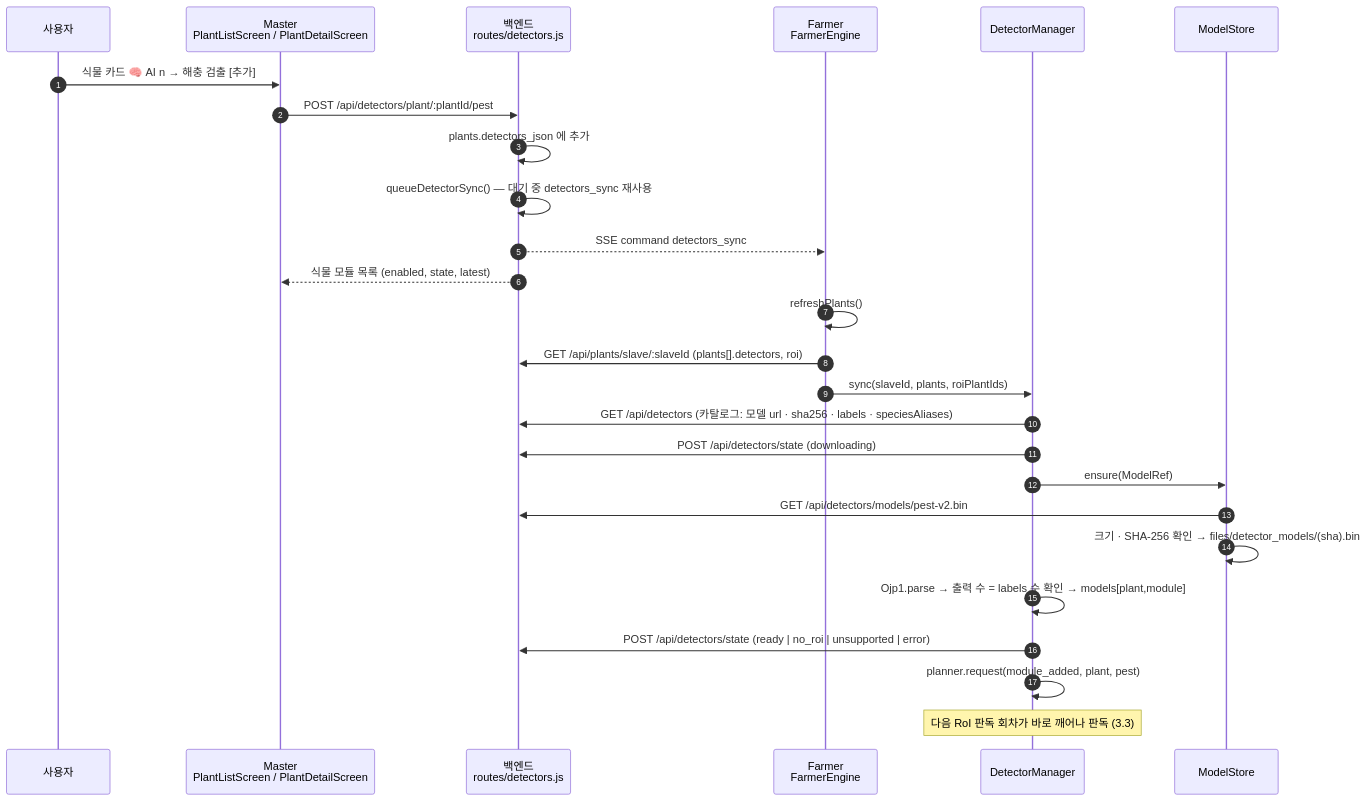
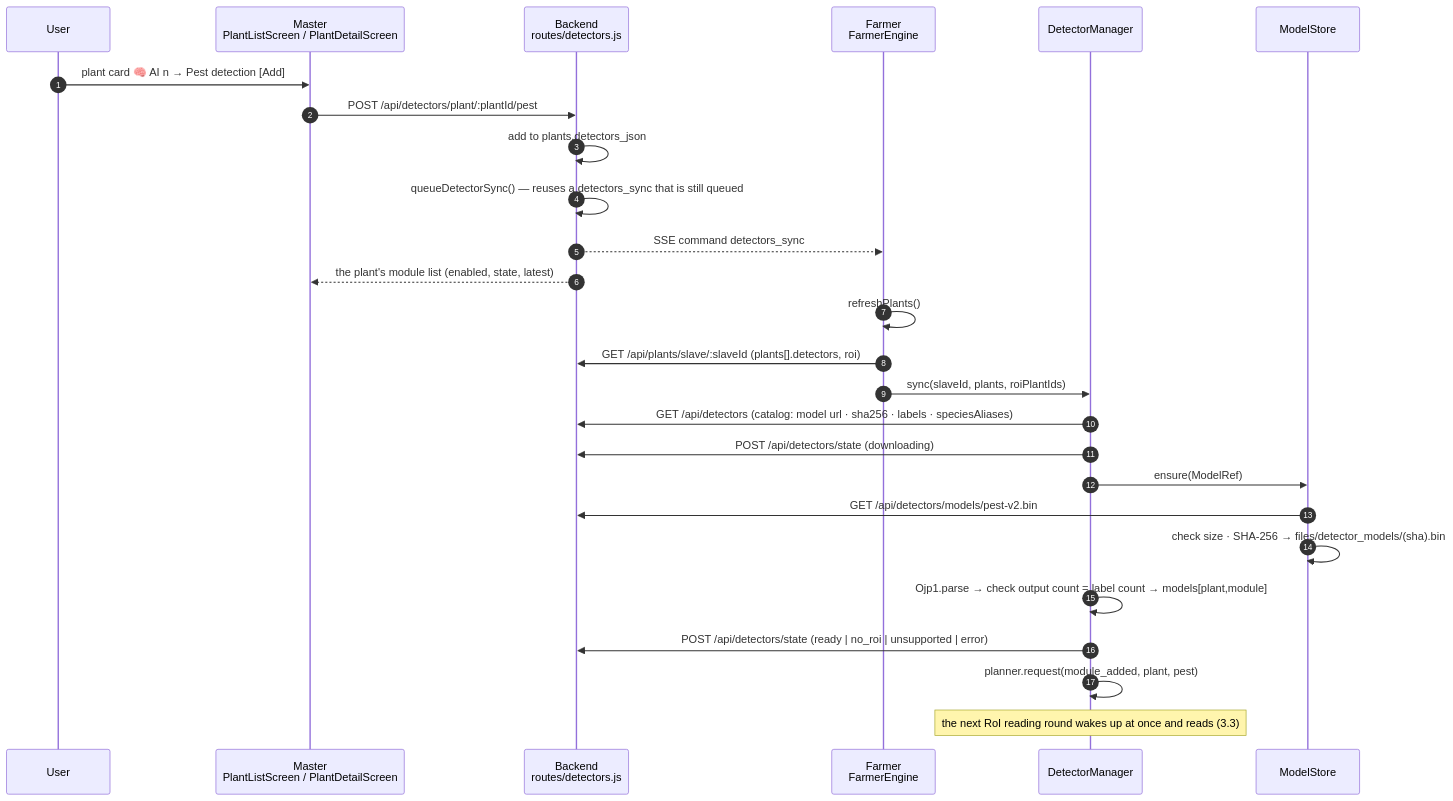
The seventh of 16 diagrams in docs/code-graph/README.md (chungbrain/OOJOO-FARM), drawn with Mermaid before and after one commit. The commit also changed other lines of this file and 7 other files, not shown here.

First line of the commit message:
docs: English code graph as default, Korean in *_kor.md

````diff
--- a/docs/code-graph/README.md
+++ b/docs/code-graph/README.md
@@ -196,28 +196,28 @@
 ```mermaid
 sequenceDiagram
   autonumber
-  participant U as 사용자
+  participant U as User
   participant M as Master<br/>PlantListScreen / PlantDetailScreen
-  participant B as 백엔드<br/>routes/detectors.js
+  participant B as Backend<br/>routes/detectors.js
   participant F as Farmer<br/>FarmerEngine
   participant D as DetectorManager
   participant S as ModelStore
-  U->>M: 식물 카드 🧠 AI n → 해충 검출 [추가]
+  U->>M: plant card 🧠 AI n → Pest detection [Add]
   M->>B: POST /api/detectors/plant/:plantId/pest
-  B->>B: plants.detectors_json 에 추가
-  B->>B: queueDetectorSync() — 대기 중 detectors_sync 재사용
+  B->>B: add to plants.detectors_json
+  B->>B: queueDetectorSync() — reuses a detectors_sync that is still queued
   B-->>F: SSE command detectors_sync
-  B-->>M: 식물 모듈 목록 (enabled, state, latest)
+  B-->>M: the plant's module list (enabled, state, latest)
   F->>F: refreshPlants()
   F->>B: GET /api/plants/slave/:slaveId (plants[].detectors, roi)
   F->>D: sync(slaveId, plants, roiPlantIds)
-  D->>B: GET /api/detectors (카탈로그: 모델 url · sha256 · labels · speciesAliases)
+  D->>B: GET /api/detectors (catalog: model url · sha256 · labels · speciesAliases)
   D->>B: POST /api/detectors/state (downloading)
   D->>S: ensure(ModelRef)
   S->>B: GET /api/detectors/models/pest-v2.bin
-  S->>S: 크기 · SHA-256 확인 → files/detector_models/(sha).bin
-  D->>D: Ojp1.parse → 출력 수 = labels 수 확인 → models[plant,module]
+  S->>S: check size · SHA-256 → files/detector_models/(sha).bin
+  D->>D: Ojp1.parse → check output count = label count → models[plant,module]
   D->>B: POST /api/detectors/state (ready | no_roi | unsupported | error)
   D->>D: planner.request(module_added, plant, pest)
-  Note over D: 다음 RoI 판독 회차가 바로 깨어나 판독 (3.3)
+  Note over D: the next RoI reading round wakes up at once and reads (3.3)
 ```
````
